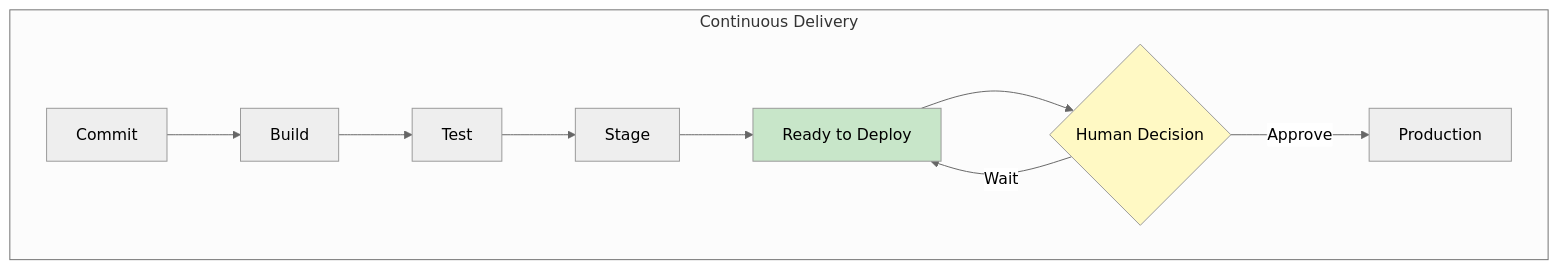
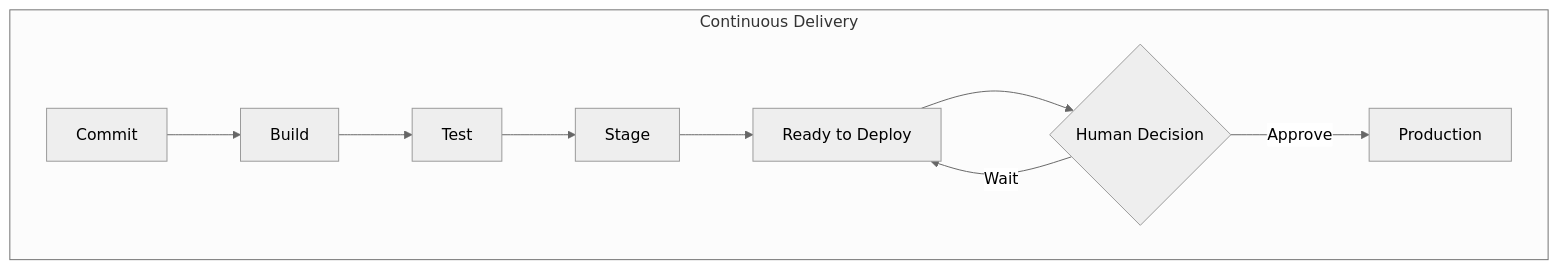
The first of 10 diagrams in docs/cicd/deployment-strategies.md (shivam-g-mishra/blog), drawn with Mermaid before and after one commit. The commit also changed other lines of this file and 23 other files, not shown here.

First line of the commit message:
fix: improve Mermaid diagram visibility in dark mode

````diff
--- a/docs/cicd/deployment-strategies.md
+++ b/docs/cicd/deployment-strategies.md
@@ -70,14 +70,11 @@
 ```mermaid
 %%{init: {'theme': 'neutral'}}%%
 flowchart LR
     subgraph cd["Continuous Delivery"]
         direction LR
         C1[Commit] --> B1[Build] --> T1[Test] --> S1[Stage] --> READY[Ready to Deploy]
         READY --> HUMAN{Human Decision}
         HUMAN -->|Approve| P1[Production]
         HUMAN -->|Wait| READY
     end
-    
-    style HUMAN fill:#fff9c4
-    style READY fill:#c8e6c9
 ```
````
